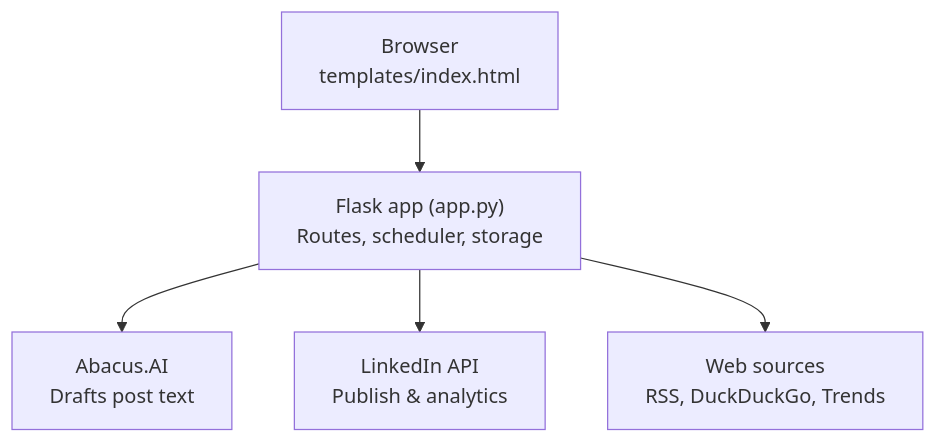
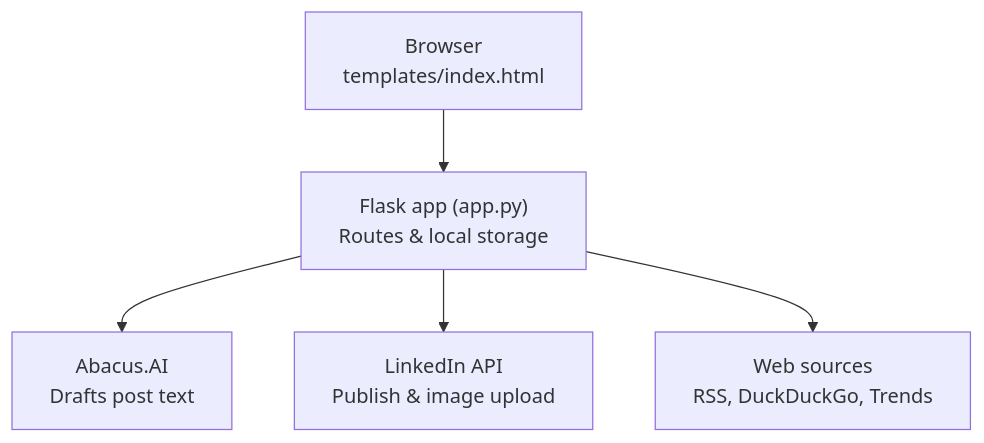
The diagram in README.md (SujeethHR/Linkedin_automation_v1), drawn with Mermaid before and after one commit. The commit also changed other lines of this file and 5 other files, not shown here.

First line of the commit message:
Remove scheduler and analytics features, simplify to on-demand publishing

````diff
--- a/README.md
+++ b/README.md
@@ -30,13 +29,13 @@
 ```mermaid
 flowchart TB
     Browser["Browser<br/>templates/index.html"]
-    Flask["Flask app (app.py)<br/>Routes, scheduler, storage"]
+    Flask["Flask app (app.py)<br/>Routes &amp; local storage"]
     Abacus["Abacus.AI<br/>Drafts post text"]
-    LinkedIn["LinkedIn API<br/>Publish &amp; analytics"]
+    LinkedIn["LinkedIn API<br/>Publish &amp; image upload"]
     Web["Web sources<br/>RSS, DuckDuckGo, Trends"]
 
     Browser --> Flask
     Flask --> Abacus
     Flask --> LinkedIn
     Flask --> Web
 ```
````
